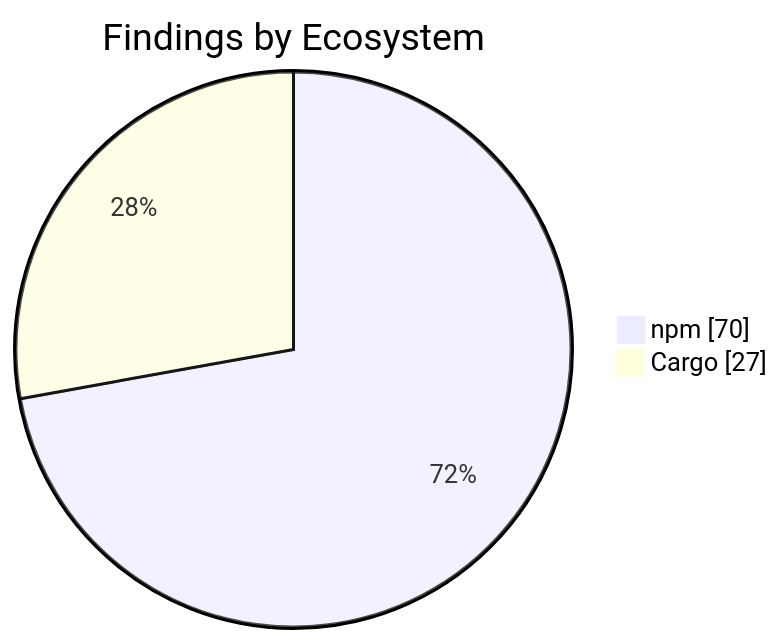
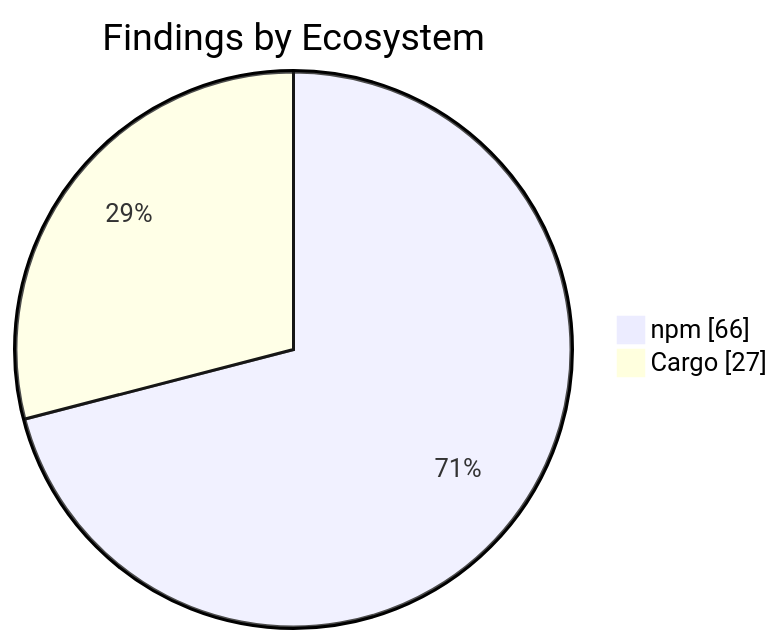
The second of 2 diagrams in apps/kbve/astro-kbve/src/content/docs/dashboard/security.mdx (KBVE/kbve), drawn with Mermaid before and after one commit. The commit also changed other lines of this file and 8 other files, not shown here.

````diff
--- a/apps/kbve/astro-kbve/src/content/docs/dashboard/security.mdx
+++ b/apps/kbve/astro-kbve/src/content/docs/dashboard/security.mdx
@@ -73,6 +73,6 @@
 ```mermaid
 pie showData
     title Findings by Ecosystem
-    "npm" : 70
+    "npm" : 66
     "Cargo" : 27
 ```
````
